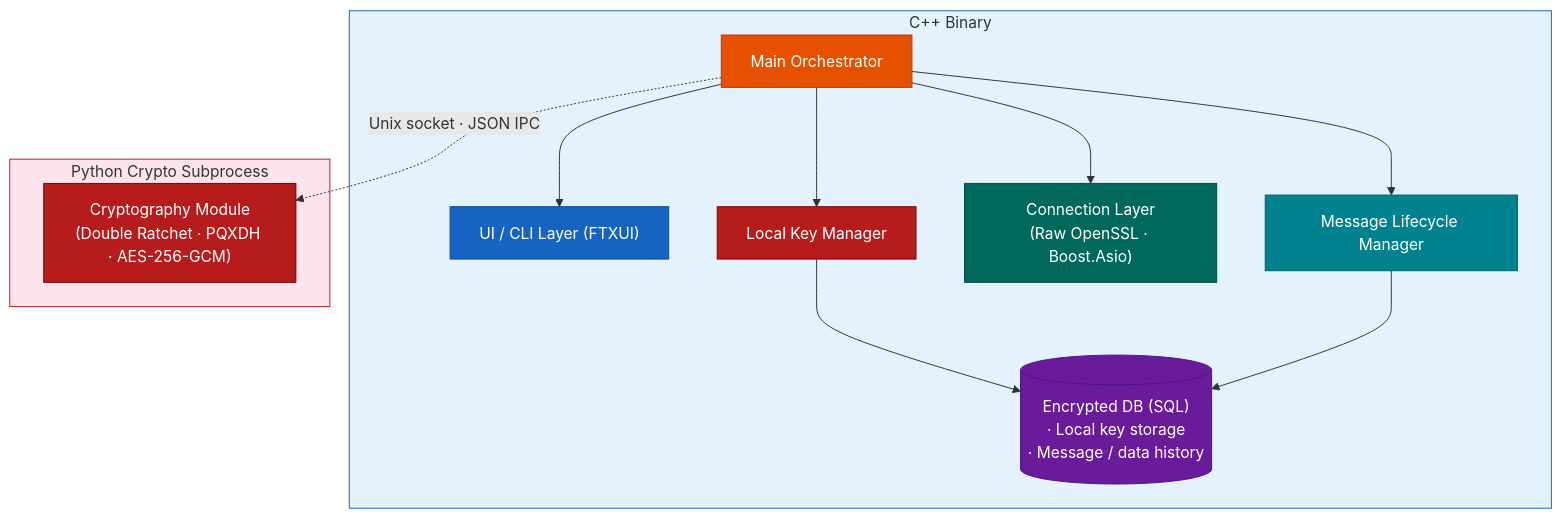
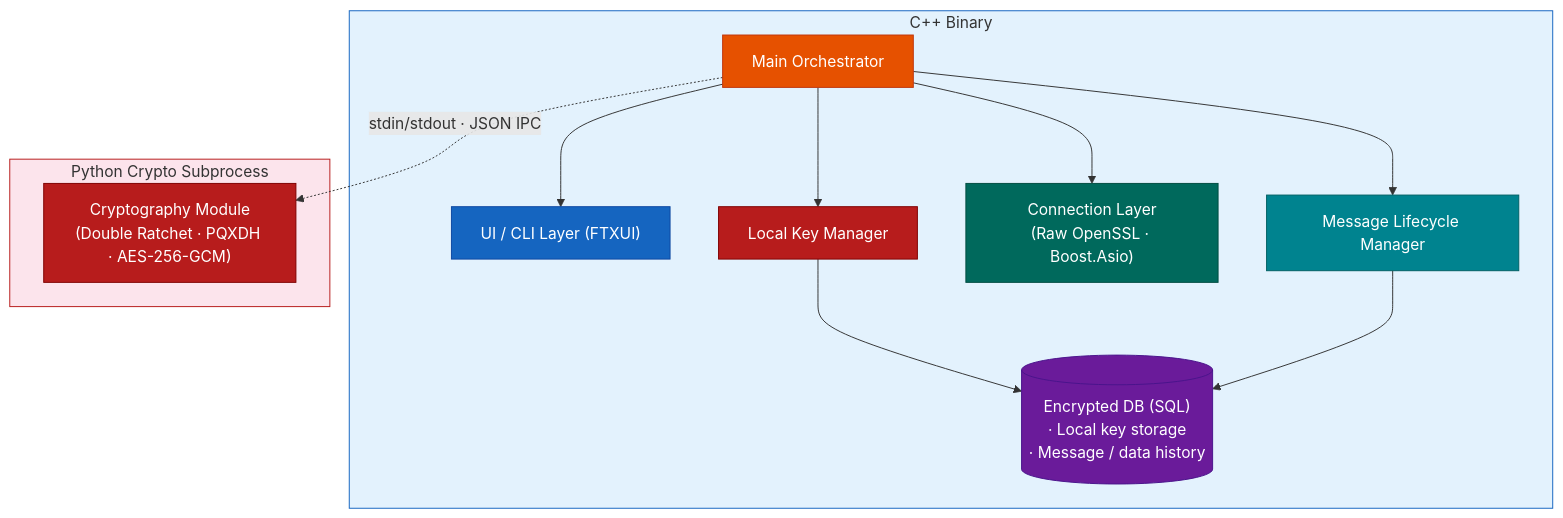
One commit to meltedelement/EPIC-1bit2qbit changed the second of 3 diagrams in docs/architecture.md. Above: the diagram before and after it, drawn with Mermaid. The commit also changed other lines of this file and 3 other files, not shown here.

Commit message:
Switched to using stdin/out rather than a unix socket and updated the docs to match

````diff
--- a/docs/architecture.md
+++ b/docs/architecture.md
@@ -50,33 +50,33 @@
 ```mermaid
 flowchart TB
     classDef entry      fill:#1565C0,stroke:#0D47A1,color:#fff
     classDef orch       fill:#E65100,stroke:#BF360C,color:#fff
     classDef transport  fill:#00695C,stroke:#004D40,color:#fff
     classDef messaging  fill:#00838F,stroke:#006064,color:#fff
     classDef security   fill:#B71C1C,stroke:#7F0000,color:#fff
     classDef storage    fill:#6A1B9A,stroke:#4A148C,color:#fff
 
     subgraph CPP["C++ Binary"]
         UI["UI / CLI Layer (FTXUI)"]:::entry
         MLM["Message Lifecycle Manager"]:::messaging
         CONN["Connection Layer\n(Raw OpenSSL · Boost.Asio)"]:::transport
         ORCH["Main Orchestrator"]:::orch
         KEYS["Local Key Manager"]:::security
         DBC[("Encrypted DB (SQL)\n· Local key storage\n· Message / data history")]:::storage
     end
 
     subgraph PY["Python Crypto Subprocess"]
         CRYPTO["Cryptography Module\n(Double Ratchet · PQXDH · AES-256-GCM)"]:::security
     end
 
     ORCH --> UI
     ORCH --> MLM
     ORCH --> CONN
-    ORCH -.->|"Unix socket · JSON IPC"| CRYPTO
+    ORCH -.->|"stdin/stdout · JSON IPC"| CRYPTO
     ORCH --> KEYS
     KEYS --> DBC
     MLM --> DBC
 
     style CPP fill:#E3F2FD,stroke:#1565C0
     style PY  fill:#FCE4EC,stroke:#B71C1C
 ```
````
